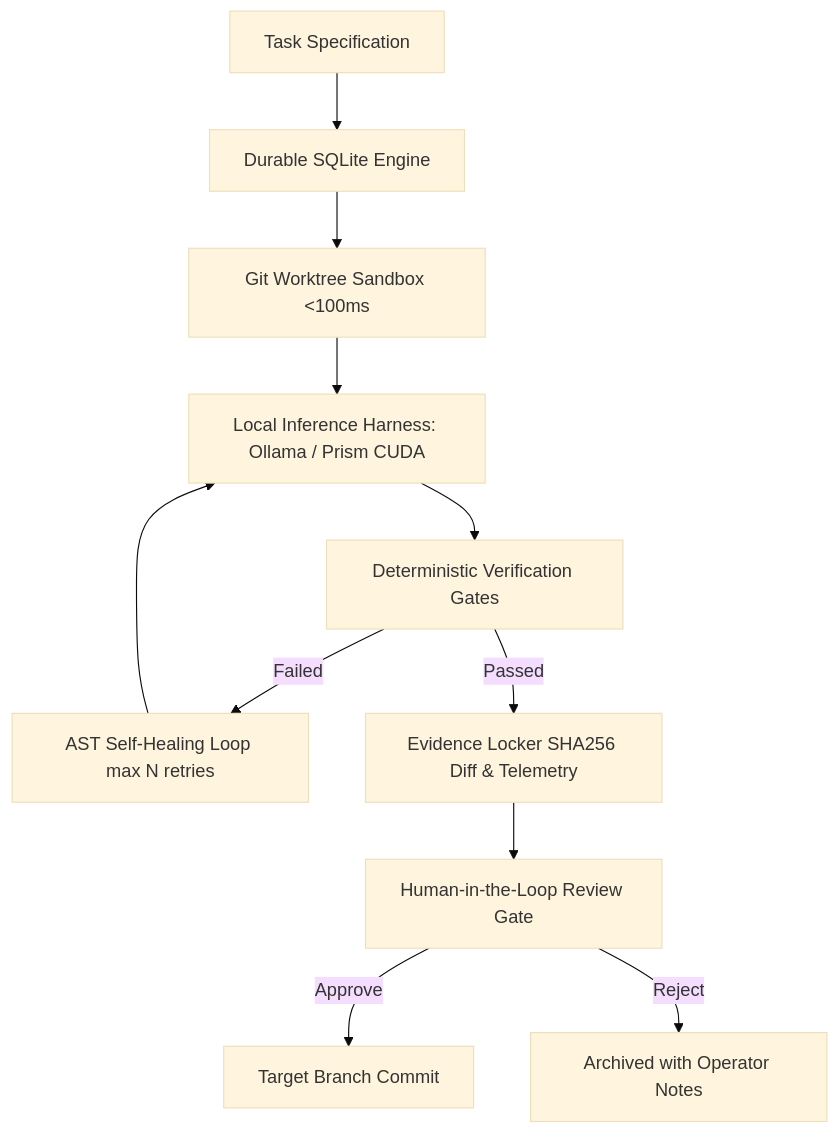
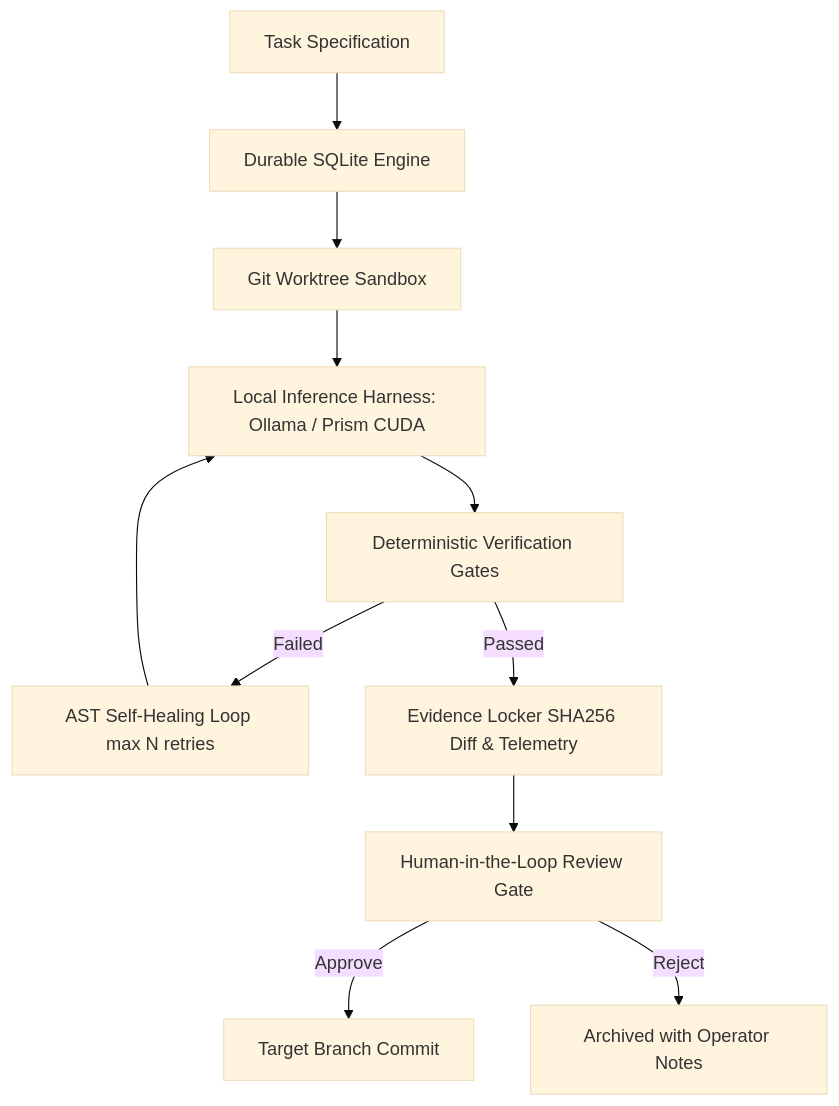
The diagram in docs/index.md (senssei/local-dark-factory), drawn with Mermaid (base theme) before and after one commit. The commit also changed other lines of this file and 20 other files, not shown here.

````diff
--- a/docs/index.md
+++ b/docs/index.md
@@ -17,13 +17,13 @@
 ```mermaid
 flowchart TD
     A[Task Specification] --> B[Durable SQLite Engine]
-    B --> C[Git Worktree Sandbox <100ms]
+    B --> C[Git Worktree Sandbox]
     C --> D[Local Inference Harness: Ollama / Prism CUDA]
     D --> E[Deterministic Verification Gates]
     E -- Failed --> F[AST Self-Healing Loop max N retries]
     F --> D
     E -- Passed --> G[Evidence Locker SHA256 Diff & Telemetry]
     G --> H[Human-in-the-Loop Review Gate]
     H -- Approve --> I[Target Branch Commit]
     H -- Reject --> J[Archived with Operator Notes]
 ```
````
